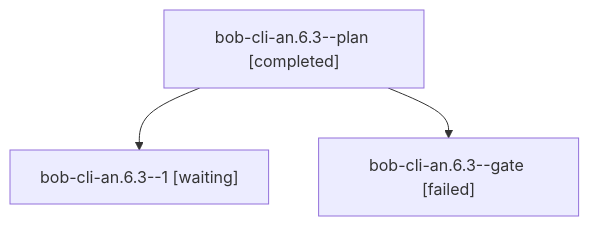
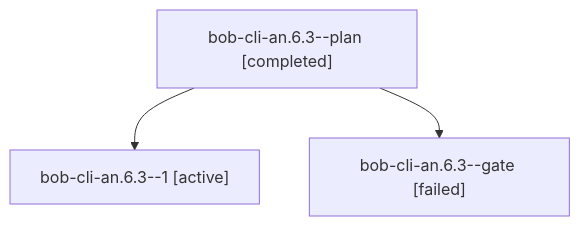
The diagram in sessions/bbugyi200.athena.bob-cli-an.6.3.md (bobs-org/bob-cli--agents), drawn with Mermaid before and after one commit. The commit also changed other lines of this file and 72 other files, not shown here.

````diff
--- a/sessions/bbugyi200.athena.bob-cli-an.6.3.md
+++ b/sessions/bbugyi200.athena.bob-cli-an.6.3.md
@@ -9,8 +9,8 @@
 ```mermaid
 flowchart TD
   n0["bob-cli-an.6.3--plan [completed]"]
-  n1["bob-cli-an.6.3--1 [waiting]"]
+  n1["bob-cli-an.6.3--1 [active]"]
   n0 --> n1
   n2["bob-cli-an.6.3--gate [failed]"]
   n0 --> n2
 ```
````
